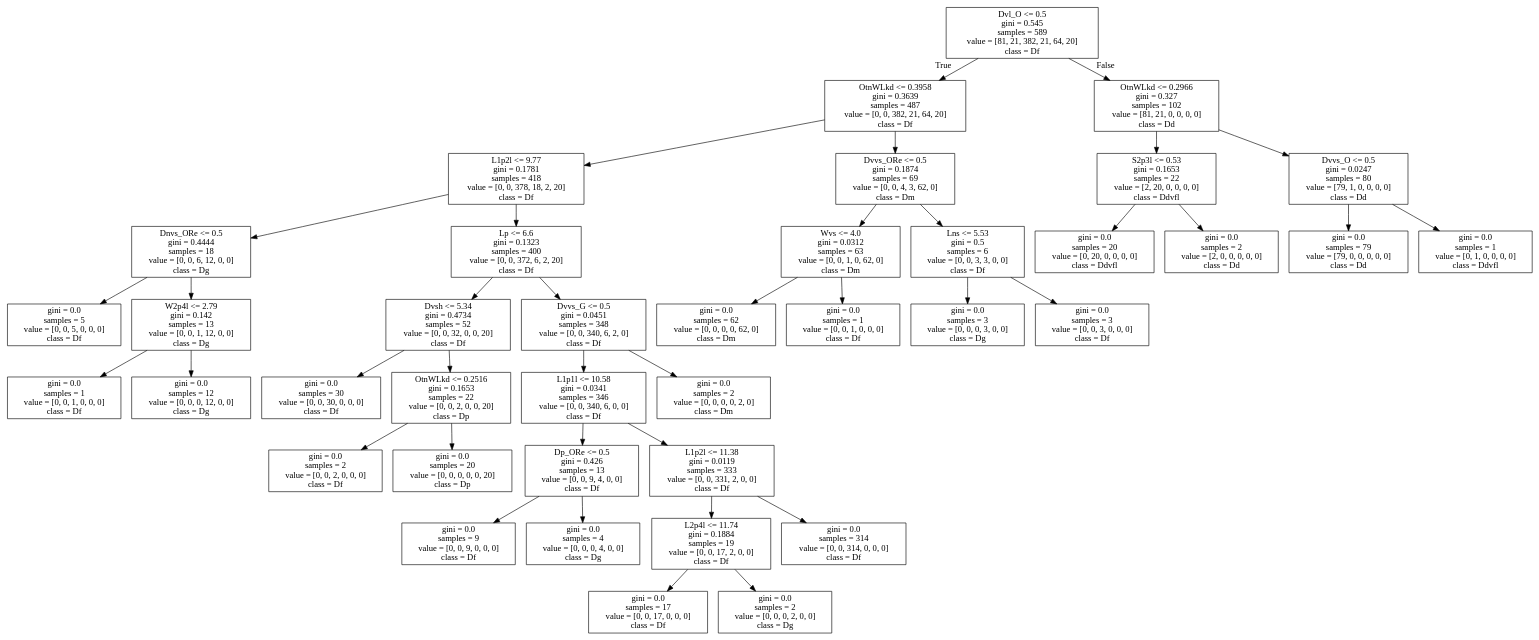
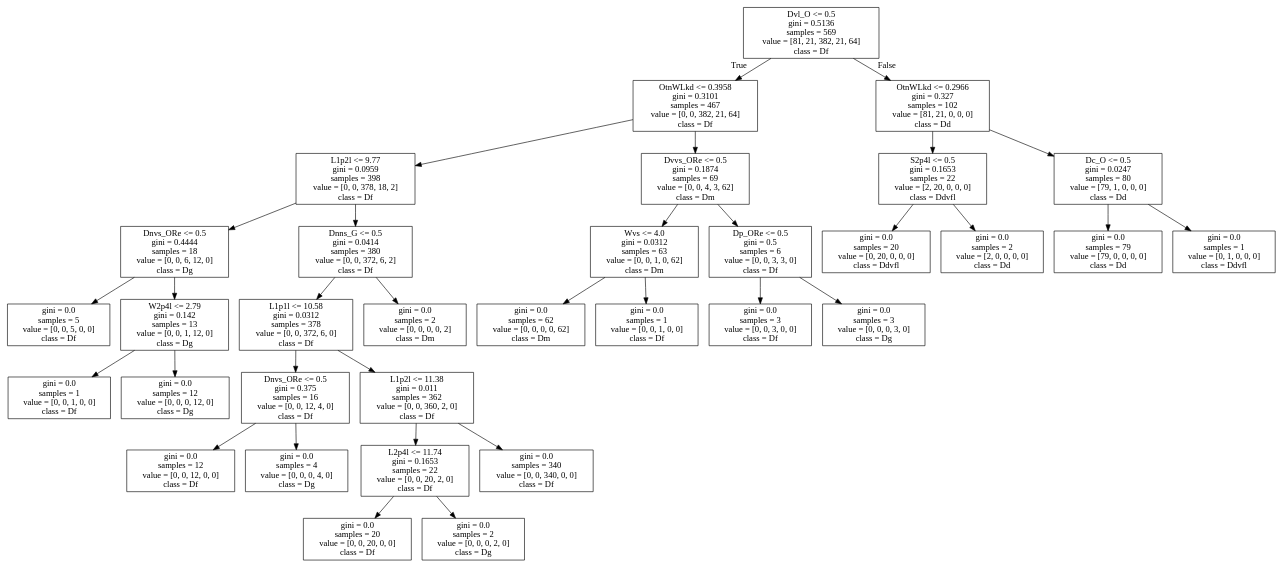
The diagram in me.dot (VBGI/df), drawn with Graphviz before and after one commit. The commit also changed 3 other files, not shown here.

```diff
--- a/me.dot
+++ b/me.dot
@@ -1,80 +1,68 @@
 digraph Tree {
 node [shape=box] ;
-0 [label="Dvl_O <= 0.5\ngini = 0.545\nsamples = 589\nvalue = [81, 21, 382, 21, 64, 20]\nclass = Df"] ;
-1 [label="OtnWLkd <= 0.3958\ngini = 0.3639\nsamples = 487\nvalue = [0, 0, 382, 21, 64, 20]\nclass = Df"] ;
+0 [label="Dvl_O <= 0.5\ngini = 0.5136\nsamples = 569\nvalue = [81, 21, 382, 21, 64]\nclass = Df"] ;
+1 [label="OtnWLkd <= 0.3958\ngini = 0.3101\nsamples = 467\nvalue = [0, 0, 382, 21, 64]\nclass = Df"] ;
 0 -> 1 [labeldistance=2.5, labelangle=45, headlabel="True"] ;
-2 [label="L1p2l <= 9.77\ngini = 0.1781\nsamples = 418\nvalue = [0, 0, 378, 18, 2, 20]\nclass = Df"] ;
+2 [label="L1p2l <= 9.77\ngini = 0.0959\nsamples = 398\nvalue = [0, 0, 378, 18, 2]\nclass = Df"] ;
 1 -> 2 ;
-3 [label="Dnvs_ORe <= 0.5\ngini = 0.4444\nsamples = 18\nvalue = [0, 0, 6, 12, 0, 0]\nclass = Dg"] ;
+3 [label="Dnvs_ORe <= 0.5\ngini = 0.4444\nsamples = 18\nvalue = [0, 0, 6, 12, 0]\nclass = Dg"] ;
 2 -> 3 ;
-4 [label="gini = 0.0\nsamples = 5\nvalue = [0, 0, 5, 0, 0, 0]\nclass = Df"] ;
+4 [label="gini = 0.0\nsamples = 5\nvalue = [0, 0, 5, 0, 0]\nclass = Df"] ;
 3 -> 4 ;
-5 [label="W2p4l <= 2.79\ngini = 0.142\nsamples = 13\nvalue = [0, 0, 1, 12, 0, 0]\nclass = Dg"] ;
+5 [label="W2p4l <= 2.79\ngini = 0.142\nsamples = 13\nvalue = [0, 0, 1, 12, 0]\nclass = Dg"] ;
 3 -> 5 ;
-6 [label="gini = 0.0\nsamples = 1\nvalue = [0, 0, 1, 0, 0, 0]\nclass = Df"] ;
+6 [label="gini = 0.0\nsamples = 1\nvalue = [0, 0, 1, 0, 0]\nclass = Df"] ;
 5 -> 6 ;
-7 [label="gini = 0.0\nsamples = 12\nvalue = [0, 0, 0, 12, 0, 0]\nclass = Dg"] ;
+7 [label="gini = 0.0\nsamples = 12\nvalue = [0, 0, 0, 12, 0]\nclass = Dg"] ;
 5 -> 7 ;
-8 [label="Lp <= 6.6\ngini = 0.1323\nsamples = 400\nvalue = [0, 0, 372, 6, 2, 20]\nclass = Df"] ;
+8 [label="Dnns_G <= 0.5\ngini = 0.0414\nsamples = 380\nvalue = [0, 0, 372, 6, 2]\nclass = Df"] ;
 2 -> 8 ;
-9 [label="Dvsh <= 5.34\ngini = 0.4734\nsamples = 52\nvalue = [0, 0, 32, 0, 0, 20]\nclass = Df"] ;
+9 [label="L1p1l <= 10.58\ngini = 0.0312\nsamples = 378\nvalue = [0, 0, 372, 6, 0]\nclass = Df"] ;
 8 -> 9 ;
-10 [label="gini = 0.0\nsamples = 30\nvalue = [0, 0, 30, 0, 0, 0]\nclass = Df"] ;
+10 [label="Dnvs_ORe <= 0.5\ngini = 0.375\nsamples = 16\nvalue = [0, 0, 12, 4, 0]\nclass = Df"] ;
 9 -> 10 ;
-11 [label="OtnWLkd <= 0.2516\ngini = 0.1653\nsamples = 22\nvalue = [0, 0, 2, 0, 0, 20]\nclass = Dp"] ;
-9 -> 11 ;
-12 [label="gini = 0.0\nsamples = 2\nvalue = [0, 0, 2, 0, 0, 0]\nclass = Df"] ;
-11 -> 12 ;
-13 [label="gini = 0.0\nsamples = 20\nvalue = [0, 0, 0, 0, 0, 20]\nclass = Dp"] ;
-11 -> 13 ;
-14 [label="Dvvs_G <= 0.5\ngini = 0.0451\nsamples = 348\nvalue = [0, 0, 340, 6, 2, 0]\nclass = Df"] ;
-8 -> 14 ;
-15 [label="L1p1l <= 10.58\ngini = 0.0341\nsamples = 346\nvalue = [0, 0, 340, 6, 0, 0]\nclass = Df"] ;
+11 [label="gini = 0.0\nsamples = 12\nvalue = [0, 0, 12, 0, 0]\nclass = Df"] ;
+10 -> 11 ;
+12 [label="gini = 0.0\nsamples = 4\nvalue = [0, 0, 0, 4, 0]\nclass = Dg"] ;
+10 -> 12 ;
+13 [label="L1p2l <= 11.38\ngini = 0.011\nsamples = 362\nvalue = [0, 0, 360, 2, 0]\nclass = Df"] ;
+9 -> 13 ;
+14 [label="L2p4l <= 11.74\ngini = 0.1653\nsamples = 22\nvalue = [0, 0, 20, 2, 0]\nclass = Df"] ;
+13 -> 14 ;
+15 [label="gini = 0.0\nsamples = 20\nvalue = [0, 0, 20, 0, 0]\nclass = Df"] ;
 14 -> 15 ;
-16 [label="Dp_ORe <= 0.5\ngini = 0.426\nsamples = 13\nvalue = [0, 0, 9, 4, 0, 0]\nclass = Df"] ;
-15 -> 16 ;
-17 [label="gini = 0.0\nsamples = 9\nvalue = [0, 0, 9, 0, 0, 0]\nclass = Df"] ;
-16 -> 17 ;
-18 [label="gini = 0.0\nsamples = 4\nvalue = [0, 0, 0, 4, 0, 0]\nclass = Dg"] ;
-16 -> 18 ;
-19 [label="L1p2l <= 11.38\ngini = 0.0119\nsamples = 333\nvalue = [0, 0, 331, 2, 0, 0]\nclass = Df"] ;
-15 -> 19 ;
-20 [label="L2p4l <= 11.74\ngini = 0.1884\nsamples = 19\nvalue = [0, 0, 17, 2, 0, 0]\nclass = Df"] ;
+16 [label="gini = 0.0\nsamples = 2\nvalue = [0, 0, 0, 2, 0]\nclass = Dg"] ;
+14 -> 16 ;
+17 [label="gini = 0.0\nsamples = 340\nvalue = [0, 0, 340, 0, 0]\nclass = Df"] ;
+13 -> 17 ;
+18 [label="gini = 0.0\nsamples = 2\nvalue = [0, 0, 0, 0, 2]\nclass = Dm"] ;
+8 -> 18 ;
+19 [label="Dvvs_ORe <= 0.5\ngini = 0.1874\nsamples = 69\nvalue = [0, 0, 4, 3, 62]\nclass = Dm"] ;
+1 -> 19 ;
+20 [label="Wvs <= 4.0\ngini = 0.0312\nsamples = 63\nvalue = [0, 0, 1, 0, 62]\nclass = Dm"] ;
 19 -> 20 ;
-21 [label="gini = 0.0\nsamples = 17\nvalue = [0, 0, 17, 0, 0, 0]\nclass = Df"] ;
+21 [label="gini = 0.0\nsamples = 62\nvalue = [0, 0, 0, 0, 62]\nclass = Dm"] ;
 20 -> 21 ;
-22 [label="gini = 0.0\nsamples = 2\nvalue = [0, 0, 0, 2, 0, 0]\nclass = Dg"] ;
+22 [label="gini = 0.0\nsamples = 1\nvalue = [0, 0, 1, 0, 0]\nclass = Df"] ;
 20 -> 22 ;
-23 [label="gini = 0.0\nsamples = 314\nvalue = [0, 0, 314, 0, 0, 0]\nclass = Df"] ;
+23 [label="Dp_ORe <= 0.5\ngini = 0.5\nsamples = 6\nvalue = [0, 0, 3, 3, 0]\nclass = Df"] ;
 19 -> 23 ;
-24 [label="gini = 0.0\nsamples = 2\nvalue = [0, 0, 0, 0, 2, 0]\nclass = Dm"] ;
-14 -> 24 ;
-25 [label="Dvvs_ORe <= 0.5\ngini = 0.1874\nsamples = 69\nvalue = [0, 0, 4, 3, 62, 0]\nclass = Dm"] ;
-1 -> 25 ;
-26 [label="Wvs <= 4.0\ngini = 0.0312\nsamples = 63\nvalue = [0, 0, 1, 0, 62, 0]\nclass = Dm"] ;
-25 -> 26 ;
-27 [label="gini = 0.0\nsamples = 62\nvalue = [0, 0, 0, 0, 62, 0]\nclass = Dm"] ;
+24 [label="gini = 0.0\nsamples = 3\nvalue = [0, 0, 3, 0, 0]\nclass = Df"] ;
+23 -> 24 ;
+25 [label="gini = 0.0\nsamples = 3\nvalue = [0, 0, 0, 3, 0]\nclass = Dg"] ;
+23 -> 25 ;
+26 [label="OtnWLkd <= 0.2966\ngini = 0.327\nsamples = 102\nvalue = [81, 21, 0, 0, 0]\nclass = Dd"] ;
+0 -> 26 [labeldistance=2.5, labelangle=-45, headlabel="False"] ;
+27 [label="S2p4l <= 0.5\ngini = 0.1653\nsamples = 22\nvalue = [2, 20, 0, 0, 0]\nclass = Ddvfl"] ;
 26 -> 27 ;
-28 [label="gini = 0.0\nsamples = 1\nvalue = [0, 0, 1, 0, 0, 0]\nclass = Df"] ;
-26 -> 28 ;
-29 [label="Lns <= 5.53\ngini = 0.5\nsamples = 6\nvalue = [0, 0, 3, 3, 0, 0]\nclass = Df"] ;
-25 -> 29 ;
-30 [label="gini = 0.0\nsamples = 3\nvalue = [0, 0, 0, 3, 0, 0]\nclass = Dg"] ;
-29 -> 30 ;
-31 [label="gini = 0.0\nsamples = 3\nvalue = [0, 0, 3, 0, 0, 0]\nclass = Df"] ;
-29 -> 31 ;
-32 [label="OtnWLkd <= 0.2966\ngini = 0.327\nsamples = 102\nvalue = [81, 21, 0, 0, 0, 0]\nclass = Dd"] ;
-0 -> 32 [labeldistance=2.5, labelangle=-45, headlabel="False"] ;
-33 [label="S2p3l <= 0.53\ngini = 0.1653\nsamples = 22\nvalue = [2, 20, 0, 0, 0, 0]\nclass = Ddvfl"] ;
-32 -> 33 ;
-34 [label="gini = 0.0\nsamples = 20\nvalue = [0, 20, 0, 0, 0, 0]\nclass = Ddvfl"] ;
-33 -> 34 ;
-35 [label="gini = 0.0\nsamples = 2\nvalue = [2, 0, 0, 0, 0, 0]\nclass = Dd"] ;
-33 -> 35 ;
-36 [label="Dvvs_O <= 0.5\ngini = 0.0247\nsamples = 80\nvalue = [79, 1, 0, 0, 0, 0]\nclass = Dd"] ;
-32 -> 36 ;
-37 [label="gini = 0.0\nsamples = 79\nvalue = [79, 0, 0, 0, 0, 0]\nclass = Dd"] ;
-36 -> 37 ;
-38 [label="gini = 0.0\nsamples = 1\nvalue = [0, 1, 0, 0, 0, 0]\nclass = Ddvfl"] ;
-36 -> 38 ;
+28 [label="gini = 0.0\nsamples = 20\nvalue = [0, 20, 0, 0, 0]\nclass = Ddvfl"] ;
+27 -> 28 ;
+29 [label="gini = 0.0\nsamples = 2\nvalue = [2, 0, 0, 0, 0]\nclass = Dd"] ;
+27 -> 29 ;
+30 [label="Dc_O <= 0.5\ngini = 0.0247\nsamples = 80\nvalue = [79, 1, 0, 0, 0]\nclass = Dd"] ;
+26 -> 30 ;
+31 [label="gini = 0.0\nsamples = 79\nvalue = [79, 0, 0, 0, 0]\nclass = Dd"] ;
+30 -> 31 ;
+32 [label="gini = 0.0\nsamples = 1\nvalue = [0, 1, 0, 0, 0]\nclass = Ddvfl"] ;
+30 -> 32 ;
 }
```
